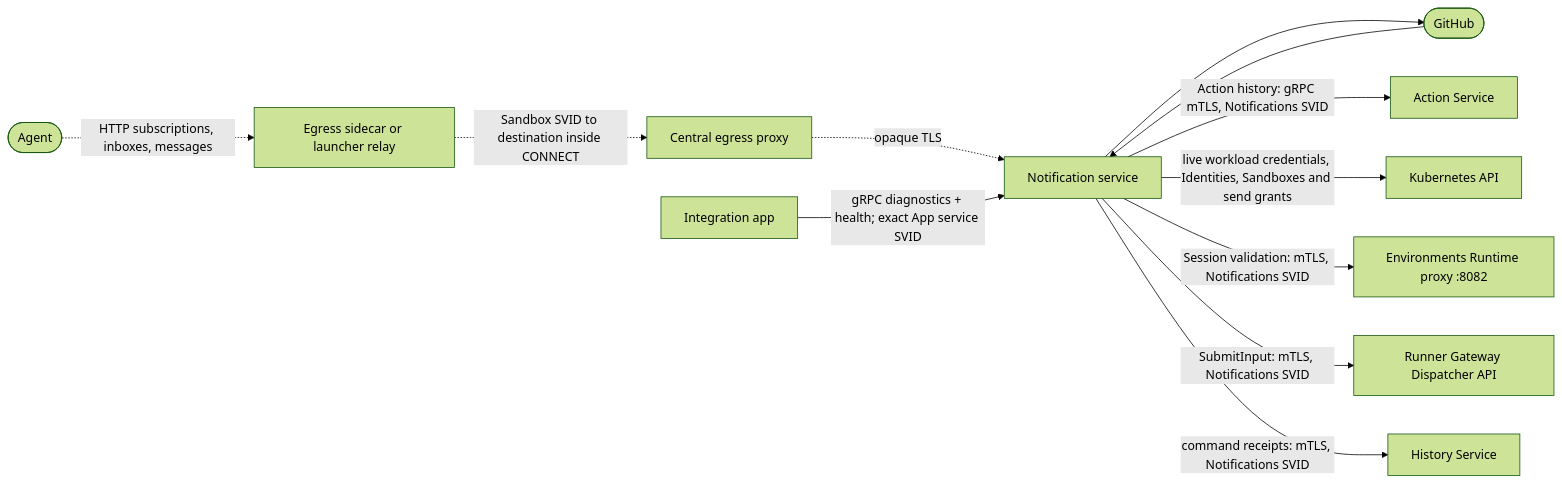
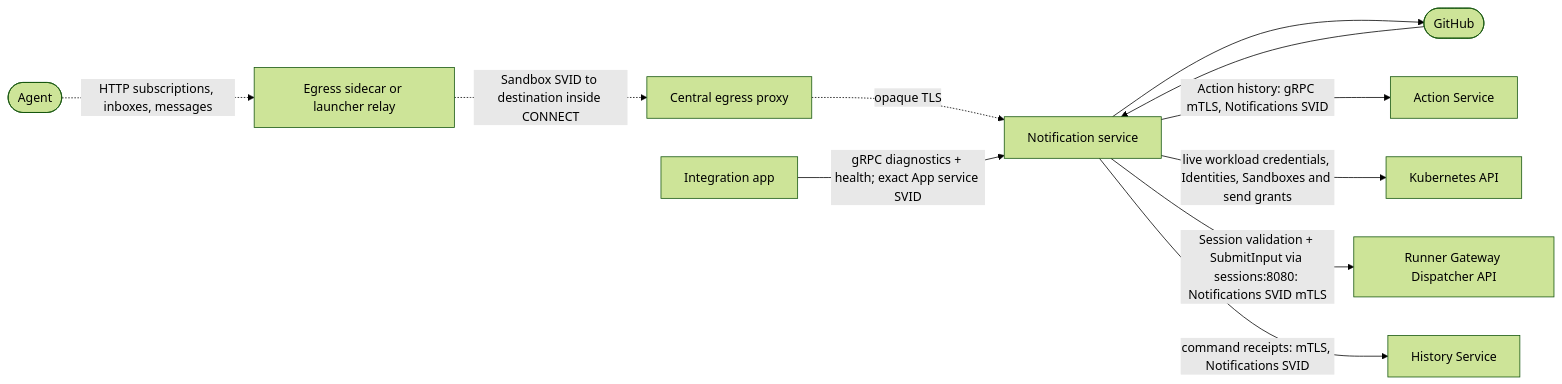
Before and after one commit to agentydragon/ducktape: diagram 11 of 18 in agentplane/docs/system_overview.md, drawn with Mermaid (forest theme). The commit also changed other lines of this file and 6 other files, not shown here.

Commit message:
Move Notifications Dispatcher calls to sessions DNS

````diff
--- a/agentplane/docs/system_overview.md
+++ b/agentplane/docs/system_overview.md
@@ -681,25 +683,24 @@
 ```mermaid
 flowchart LR
     agent([Agent])
     app[Integration app]
     github([GitHub])
     notifications[Notification service]
     actions[Action Service]
     k8s[Kubernetes API]
     dispatcher[Runner Gateway Dispatcher API]
     history[History Service]
 
     sidecar[Egress sidecar or launcher relay]
     proxy[Central egress proxy]
     agent -.->|HTTP subscriptions, inboxes, messages| sidecar
     sidecar -.->|Sandbox SVID to destination inside CONNECT| proxy
     proxy -.->|opaque TLS| notifications
     app -->|gRPC diagnostics + health; exact App service SVID| notifications
     github --> notifications
     notifications --> github
     notifications -->|Action history: gRPC mTLS, Notifications SVID| actions
     notifications -->|live workload credentials, Identities, Sandboxes and send grants| k8s
-    notifications -->|Session validation: mTLS, Notifications SVID| environments[Environments Runtime proxy :8082]
-    notifications -->|SubmitInput: mTLS, Notifications SVID| dispatcher
+    notifications -->|Session validation + SubmitInput via sessions:8080: Notifications SVID mTLS| dispatcher
     notifications -->|command receipts: mTLS, Notifications SVID| history
 ```
````
